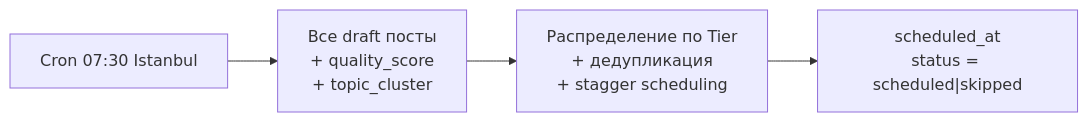
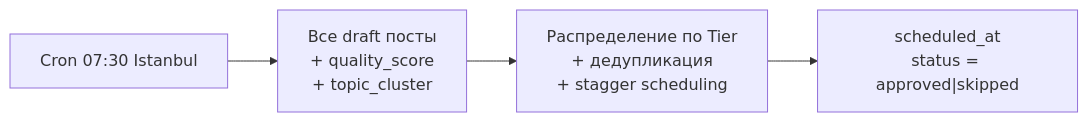
Before and after one commit to TimmyZinin/content-pipeline: the fifth of 7 diagrams in docs/Workflows.md, drawn with Mermaid. The commit also changed other lines of this file and 1 other file, not shown here.

````diff
--- a/docs/Workflows.md
+++ b/docs/Workflows.md
@@ -105,6 +105,6 @@
 ```mermaid
 flowchart LR
     CRON["Cron 07:30 Istanbul"] --> SQL["Все draft посты\n+ quality_score\n+ topic_cluster"]
     SQL --> CODE["Распределение по Tier\n+ дедупликация\n+ stagger scheduling"]
-    CODE --> UPDATE["scheduled_at\nstatus = scheduled|skipped"]
+    CODE --> UPDATE["scheduled_at\nstatus = approved|skipped"]
 ```
````
